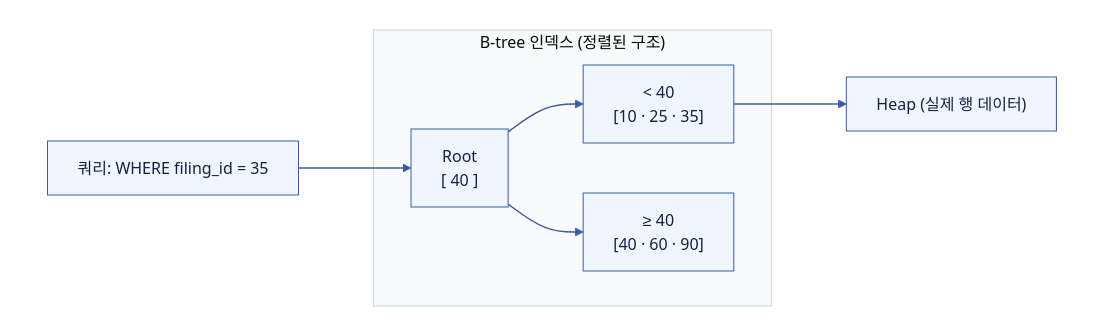
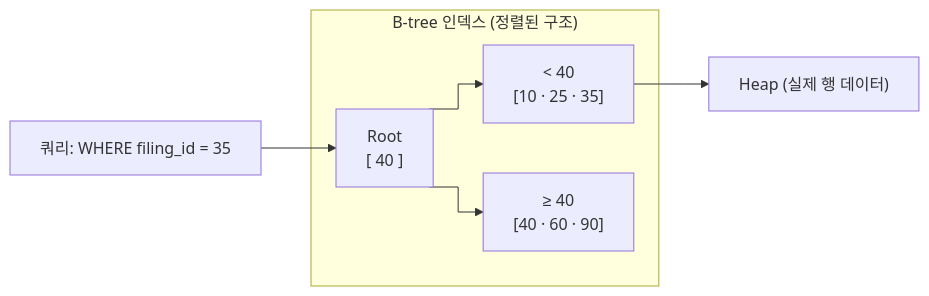
Before and after one commit to Hyune-s-lab/my-ai-study: the diagram in computer-science/2606-index.md, drawn with Mermaid. The commit also changed 49 other files, not shown here.

Commit message:
docs: 단순 다이어그램은 Mermaid로, 복잡한 배치는 SVG로 정리

````diff
--- a/computer-science/2606-index.md
+++ b/computer-science/2606-index.md
@@ -5,25 +5,15 @@
 ```mermaid
 flowchart LR
-%%{init: {"theme": "base", "darkMode": false, "themeVariables": {"background": "#ffffff", "primaryColor": "#EFF6FF", "primaryTextColor": "#16213E", "primaryBorderColor": "#3B5BA5", "secondaryColor": "#F0FDF4", "tertiaryColor": "#FAF5FF", "lineColor": "#3B5BA5", "textColor": "#16213E", "edgeLabelBackground": "#ffffff", "clusterBkg": "#F8FAFC", "clusterBorder": "#CBD5E1"}}}%%
-  subgraph canvas[" "]
-    direction LR
-    q["쿼리: WHERE filing_id = 35"]
-    subgraph idx["B-tree 인덱스 (정렬된 구조)"]
-      root["Root<br/>[ 40 ]"]
-      l["< 40<br/>[10 · 25 · 35]"]
-      r["≥ 40<br/>[40 · 60 · 90]"]
-      root --> l
-      root --> r
-    end
-    pg["Heap (실제 행 데이터)"]
-    q --> root
-    l --> pg
+%%{init: {"flowchart": {"curve": "stepAfter", "wrappingWidth": 400}}}%%
+  n_q["쿼리: WHERE filing_id = 35"]
+  n_pg["Heap (실제 행 데이터)"]
+  subgraph g_idx["B-tree 인덱스 (정렬된 구조)"]
+    n_root["Root<br/>[ 40 ]"]
+    n_l["&lt; 40<br/>[10 · 25 · 35]"]
+    n_r["≥ 40<br/>[40 · 60 · 90]"]
   end
-  style canvas fill:#ffffff,stroke:#ffffff,color:#111827
-  linkStyle default stroke:#3B5BA5,stroke-width:1.5px
-  classDef app fill:#EFF6FF,stroke:#3B5BA5,stroke-width:1px,color:#16213E
-  class q,root,l,r,pg app
-  classDef db fill:#F0FDF4,stroke:#3F8E55,stroke-width:1px,color:#16213E
-  classDef policy fill:#FAF5FF,stroke:#A855F7,stroke-width:1px,color:#16213E
-  classDef worker fill:#FFF7ED,stroke:#C98A2B,stroke-width:1px,color:#16213E
+  n_root --> n_l
+  n_root --> n_r
+  n_q --> n_root
+  n_l --> n_pg
 ```
````
